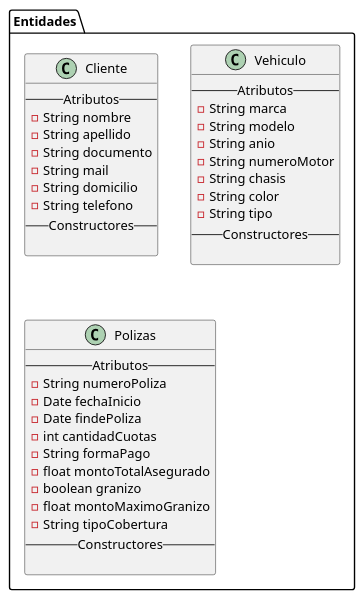
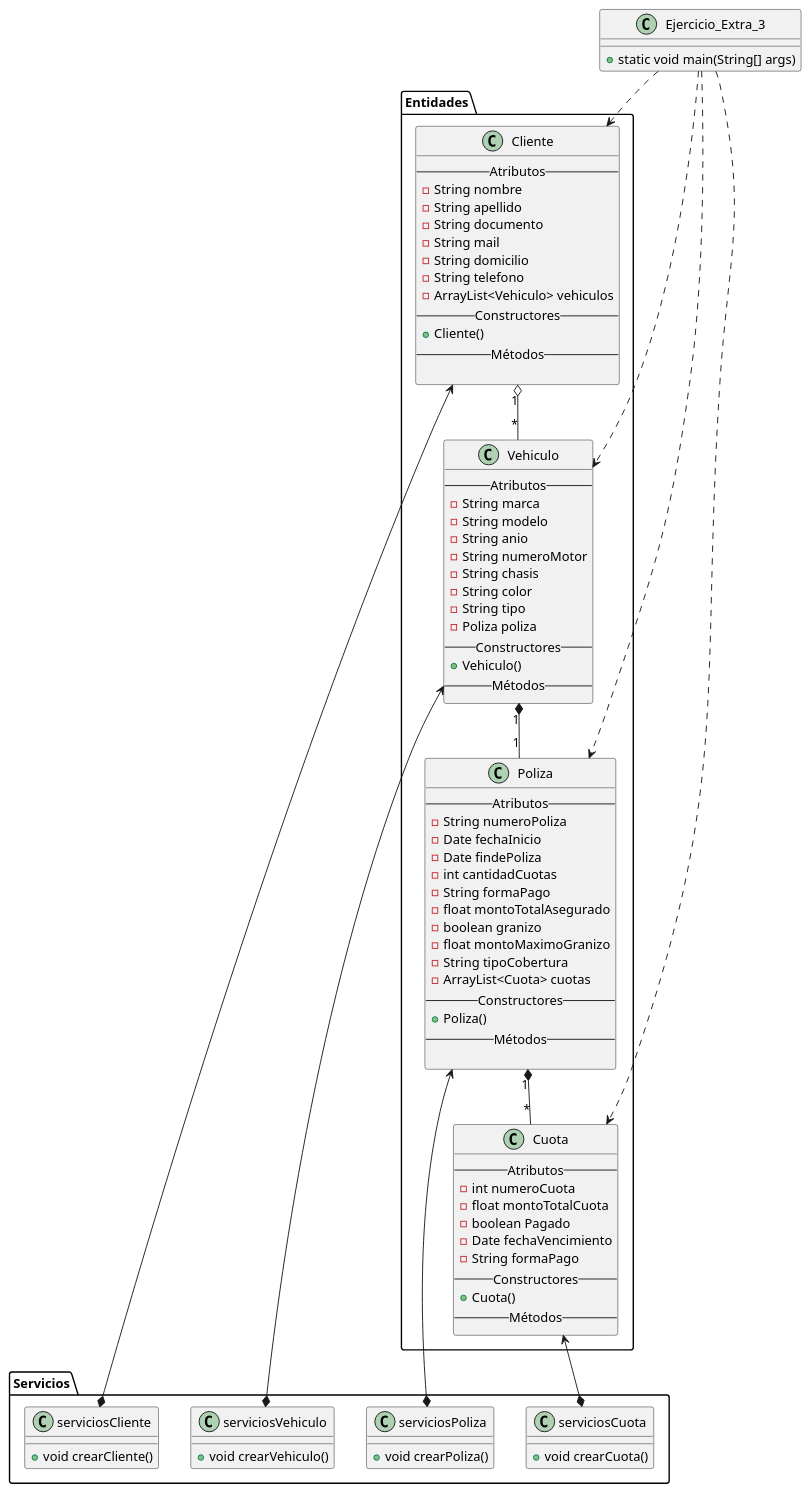
Before and after one commit to FullStackEggDRoa/dia_75: the diagram in Ejercicio_Extra_3/src/Ejercicio_Extra_3.puml, drawn with PlantUML. The commit also changed 1 other file, not shown here.

Commit message:
Ej Extra 3 - Avance

```diff
--- a/Ejercicio_Extra_3/src/Ejercicio_Extra_3.puml
+++ b/Ejercicio_Extra_3/src/Ejercicio_Extra_3.puml
@@ -1,43 +1,93 @@
 @startuml
 class Entidades.Cliente{
 --Atributos--
 -String nombre
 -String apellido
 -String documento
 -String mail
 -String domicilio
 -String telefono
+-ArrayList<Vehiculo> vehiculos
 --Constructores--
++Cliente()
+-- Métodos --
  
 }
 
 class Entidades.Vehiculo{
 --Atributos--
 -String marca
 -String modelo
 -String anio
 -String numeroMotor
 -String chasis
 -String color
 -String tipo
+-Poliza poliza
 --Constructores--
-
++Vehiculo()
+-- Métodos --
 }
 
-class Entidades.Polizas{
+class Entidades.Poliza{
 --Atributos--
 -String numeroPoliza
 -Date fechaInicio
 -Date findePoliza
 -int cantidadCuotas
 -String formaPago
 -float montoTotalAsegurado
 -boolean granizo
 -float montoMaximoGranizo
 -String tipoCobertura
+-ArrayList<Cuota> cuotas
 --Constructores--
++Poliza()
+-- Métodos --
 
 }
+class Entidades.Cuota{
+--Atributos--
+-int numeroCuota
+-float montoTotalCuota
+-boolean Pagado
+-Date fechaVencimiento
+-String formaPago
+--Constructores--
++Cuota()
+-- Métodos --
+}
+
+class Ejercicio_Extra_3{
+    +static void main(String[] args)
+}
+
+class Servicios.serviciosCliente{
+    +void crearCliente()
+}
+class Servicios.serviciosVehiculo{
+    +void crearVehiculo()
+}
+class Servicios.serviciosPoliza{
+    +void crearPoliza()
+}
+class Servicios.serviciosCuota{
+    +void crearCuota()
+}
+
+Ejercicio_Extra_3 ..> Entidades.Cliente
+Ejercicio_Extra_3 ..> Entidades.Vehiculo
+Ejercicio_Extra_3 ..> Entidades.Poliza
+Ejercicio_Extra_3 ..> Entidades.Cuota
 
 
+
+Entidades.Cliente <--* Servicios.serviciosCliente
+Entidades.Cliente "1" o-- "*" Entidades.Vehiculo
+Entidades.Vehiculo <--* Servicios.serviciosVehiculo
+Entidades.Vehiculo "1" *-- "1" Entidades.Poliza
+Entidades.Poliza <--* Servicios.serviciosPoliza
+Entidades.Poliza "1" *-- "*" Entidades.Cuota
+Entidades.Cuota <--* Servicios.serviciosCuota
+
 @enduml
```
